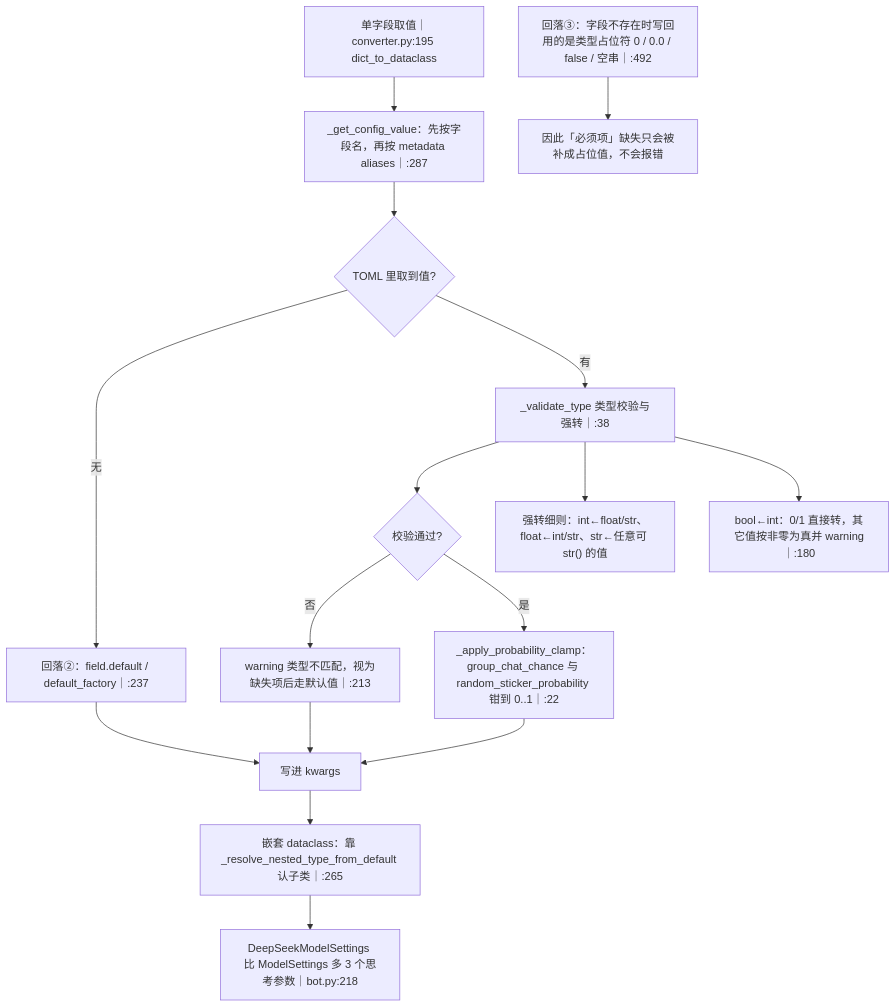
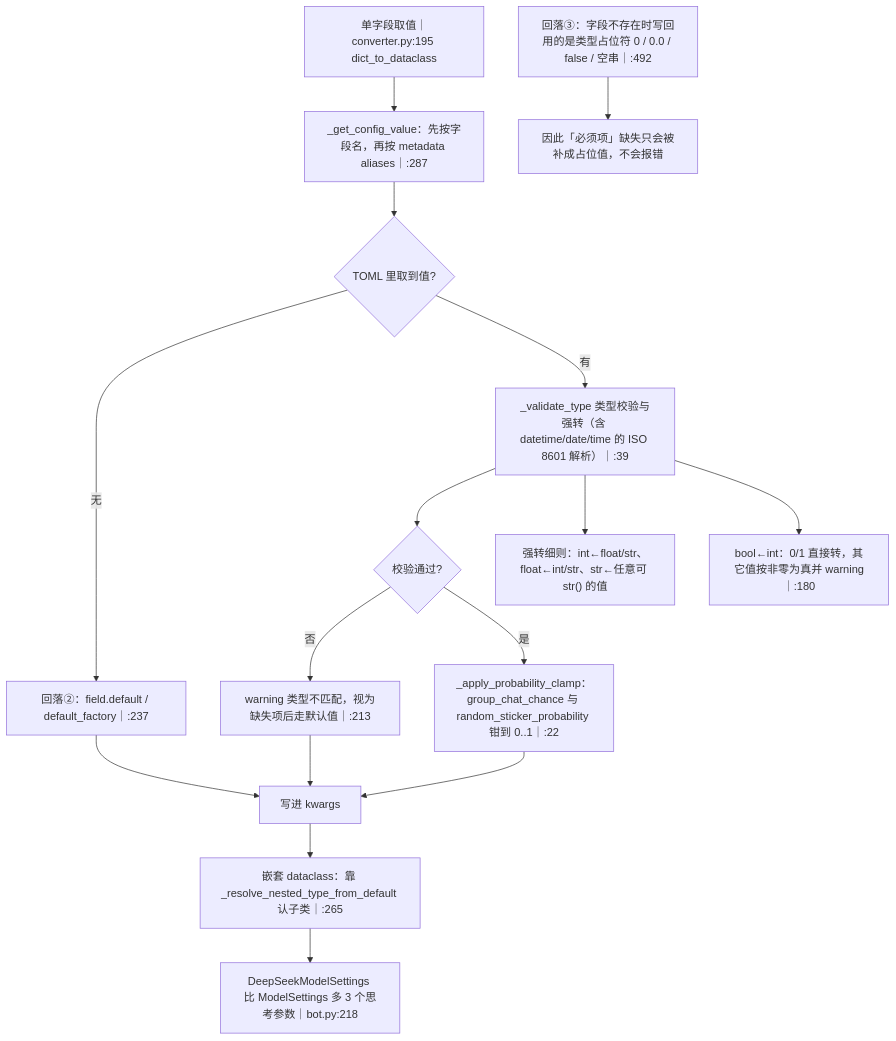
Before and after one commit to SuperQuail/NeoBot: the sixth of 12 diagrams in docs/flow/01b-config-system.md, drawn with Mermaid. The commit also changed other lines of this file and 2 other files, not shown here.

First line of the commit message:
docs(flow): 更新配置与面板流程图的校验戳

````diff
--- a/docs/flow/01b-config-system.md
+++ b/docs/flow/01b-config-system.md
@@ -235,18 +235,18 @@
 ```mermaid
 flowchart TD
     A["单字段取值｜converter.py:195 dict_to_dataclass"] --> B["_get_config_value：先按字段名，再按 metadata aliases｜:287"]
     B --> C{"TOML 里取到值?"}
     C -- 无 --> D["回落②：field.default / default_factory｜:237"]
-    C -- 有 --> E["_validate_type 类型校验与强转｜:38"]
+    C -- 有 --> E["_validate_type 类型校验与强转（含 datetime/date/time 的 ISO 8601 解析）｜:39"]
     E --> F{"校验通过?"}
     F -- 否 --> G["warning 类型不匹配，视为缺失项后走默认值｜:213"]
     F -- 是 --> H["_apply_probability_clamp：group_chat_chance 与 random_sticker_probability 钳到 0..1｜:22"]
     H --> I["写进 kwargs"]
     D --> I
     G --> I
     I --> J["嵌套 dataclass：靠 _resolve_nested_type_from_default 认子类｜:265"]
     J --> K["DeepSeekModelSettings 比 ModelSettings 多 3 个思考参数｜bot.py:218"]
     E --> L["强转细则：int←float/str、float←int/str、str←任意可 str() 的值"]
     E --> M["bool←int：0/1 直接转，其它值按非零为真并 warning｜:180"]
     N["回落③：字段不存在时写回用的是类型占位符 0 / 0.0 / false / 空串｜:492"] --> O["因此「必须项」缺失只会被补成占位值，不会报错"]
 ```
````
